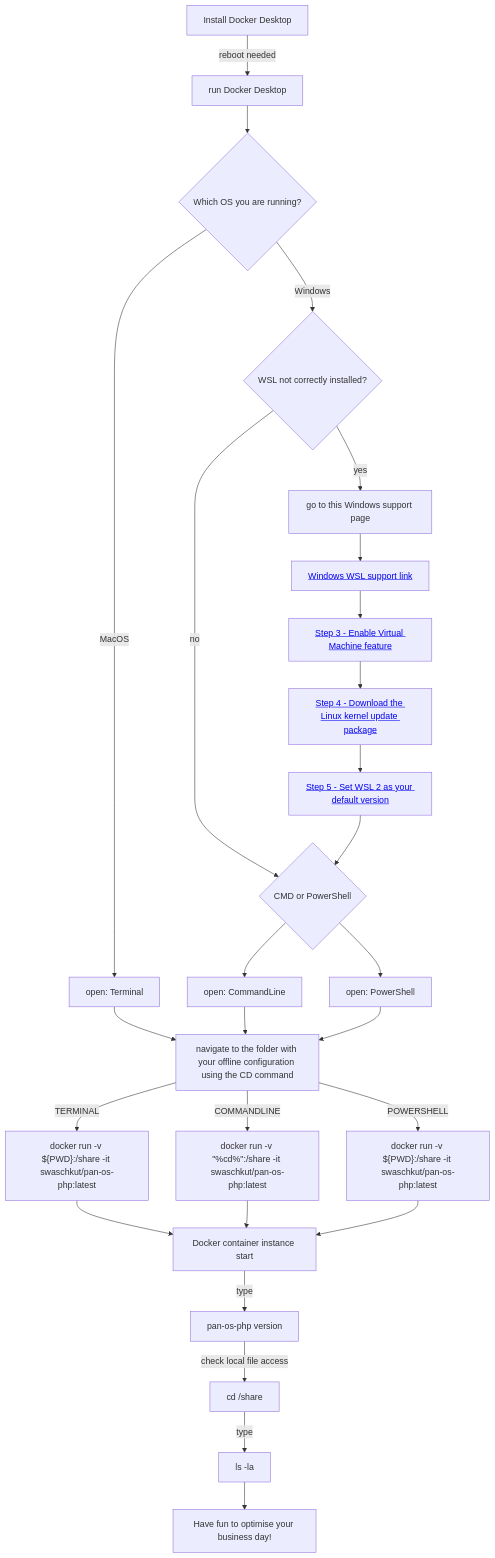
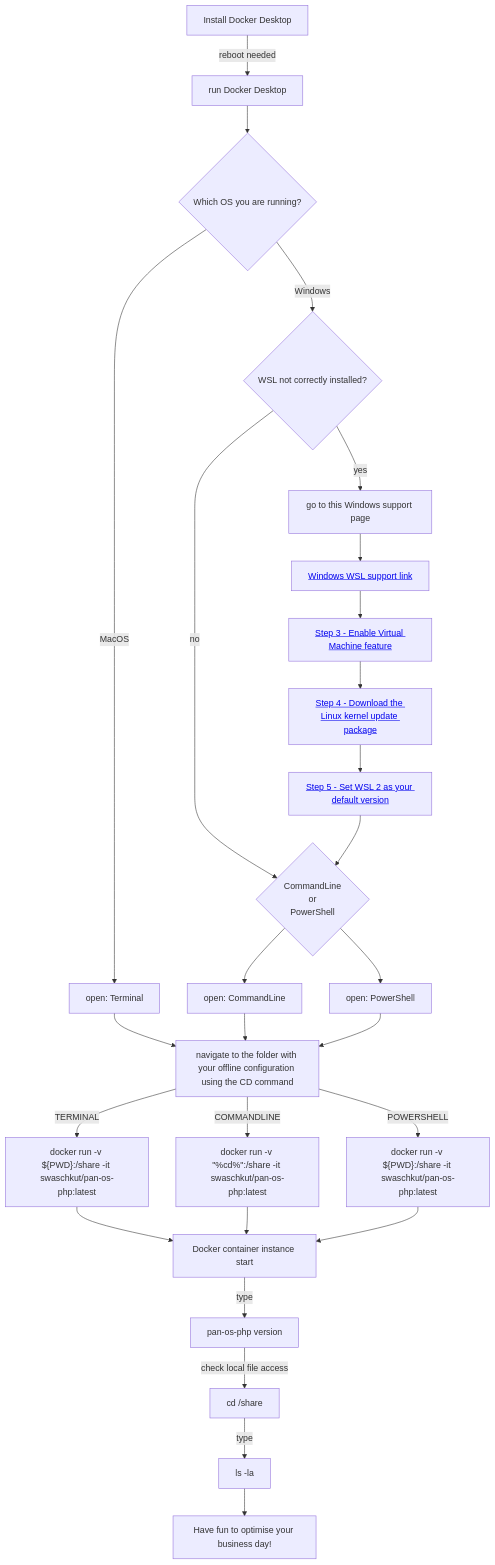
One commit to PaloAltoNetworks/pan-os-php changed the diagram in READMEdocker.md. Above: the diagram before and after it, drawn with Mermaid. The commit also changed other lines of this file, not shown here.

````diff
--- a/READMEdocker.md
+++ b/READMEdocker.md
@@ -4,55 +4,55 @@
 ```mermaid
 graph TD
     
     
     BB[Install Docker Desktop] -->|reboot needed| CC[run Docker Desktop]
     CC --> CC1[which OS]
     
     CC1{Which OS you are running?} -->|MacOS| B1[open: Terminal]
     CC1{Which OS you are running?} -->|Windows| C1[check Docker]
     
     
     B1 --> Z1[navigate to the folder with your offline configuration using the CD command]
        
  
     
     C1{WSL not correctly installed?} -->|no| C8[continue]
     C1{WSL not correctly installed?} -->|yes| C3[go to this Windows support page]
     
    
     
     C3 --> C4[<a href='https://docs.microsoft.com/en-gb/windows/wsl/install-manual'>Windows WSL support link</a>]
     
     
     
     C4 --> C5["<a href='https://docs.microsoft.com/en-gb/windows/wsl/install-manual#step-3---enable-virtual-machine-feature' target='_blank' rel='noopener noreferrer'>Step 3 - Enable Virtual Machine feature</a>"]
     C5 --> C6["<a href='https://docs.microsoft.com/en-gb/windows/wsl/install-manual#step-4---download-the-linux-kernel-update-package' target='_blank' rel='noopener noreferrer'>Step 4 - Download the Linux kernel update package</a>"]
     C6 --> C7["<a href='https://docs.microsoft.com/en-gb/windows/wsl/install-manual#step-5---set-wsl-2-as-your-default-version' target='_blank' rel='noopener noreferrer'>Step 5 - Set WSL 2 as your default version</a>"]
     
     
     C7 --> C8[continue]
     
-    C8{CMD or PowerShell} --> E2[open: CommandLine]
-    C8{CMD or PowerShell} --> F2[open: PowerShell]
+    C8{CommandLine<br />or<br />PowerShell} --> E2[open: CommandLine]
+    C8{CommandLine<br />or<br />PowerShell} --> F2[open: PowerShell]
     
     
     E2 --> Z1[navigate to the folder with your offline configuration using the CD command]  
     F2 --> Z1[navigate to the folder with your offline configuration using the CD command]
     
     
     Z1 -->|TERMINAL| K1A["docker run -v ${PWD}:/share -it swaschkut/pan-os-php:latest"]
     Z1 -->|COMMANDLINE| K1B["docker run -v #quot;%cd%#quot;:/share -it swaschkut/pan-os-php:latest"]
     Z1 -->|POWERSHELL| K1C["docker run -v ${PWD}:/share -it swaschkut/pan-os-php:latest"]
     
   
     
     K1A --> K3[Docker container instance start]
     K1B --> K3[Docker container instance start]
     K1C --> K3[Docker container instance start]
     K3 -->|type| L[pan-os-php version]
 
     L -->|check local file access| M[cd /share]
     M -->|type| R[ls -la]
     
     R --> S[Have fun to optimise your business day!]
 ```
````
